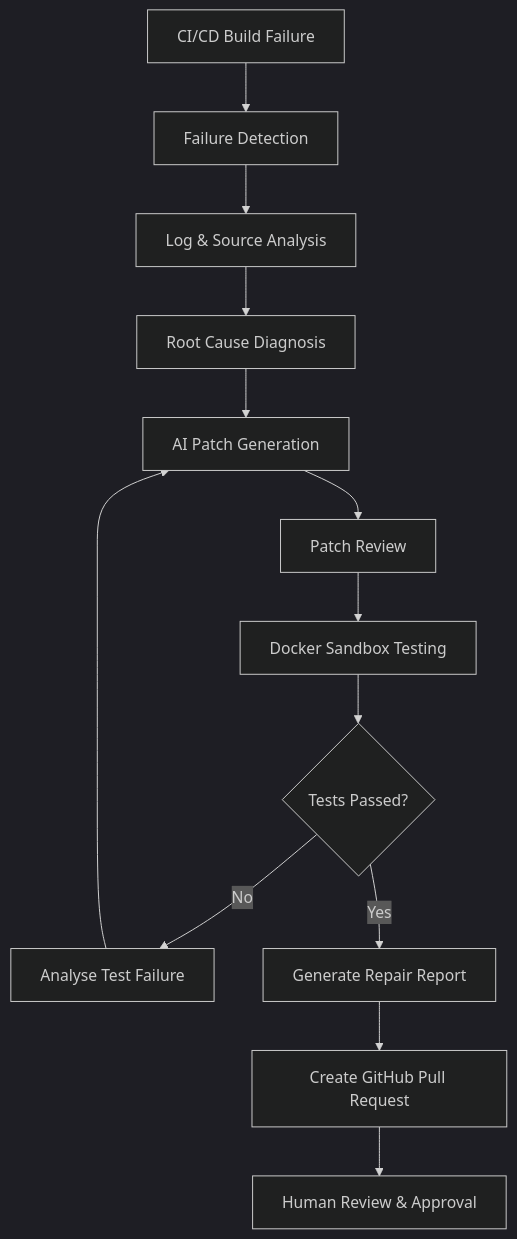
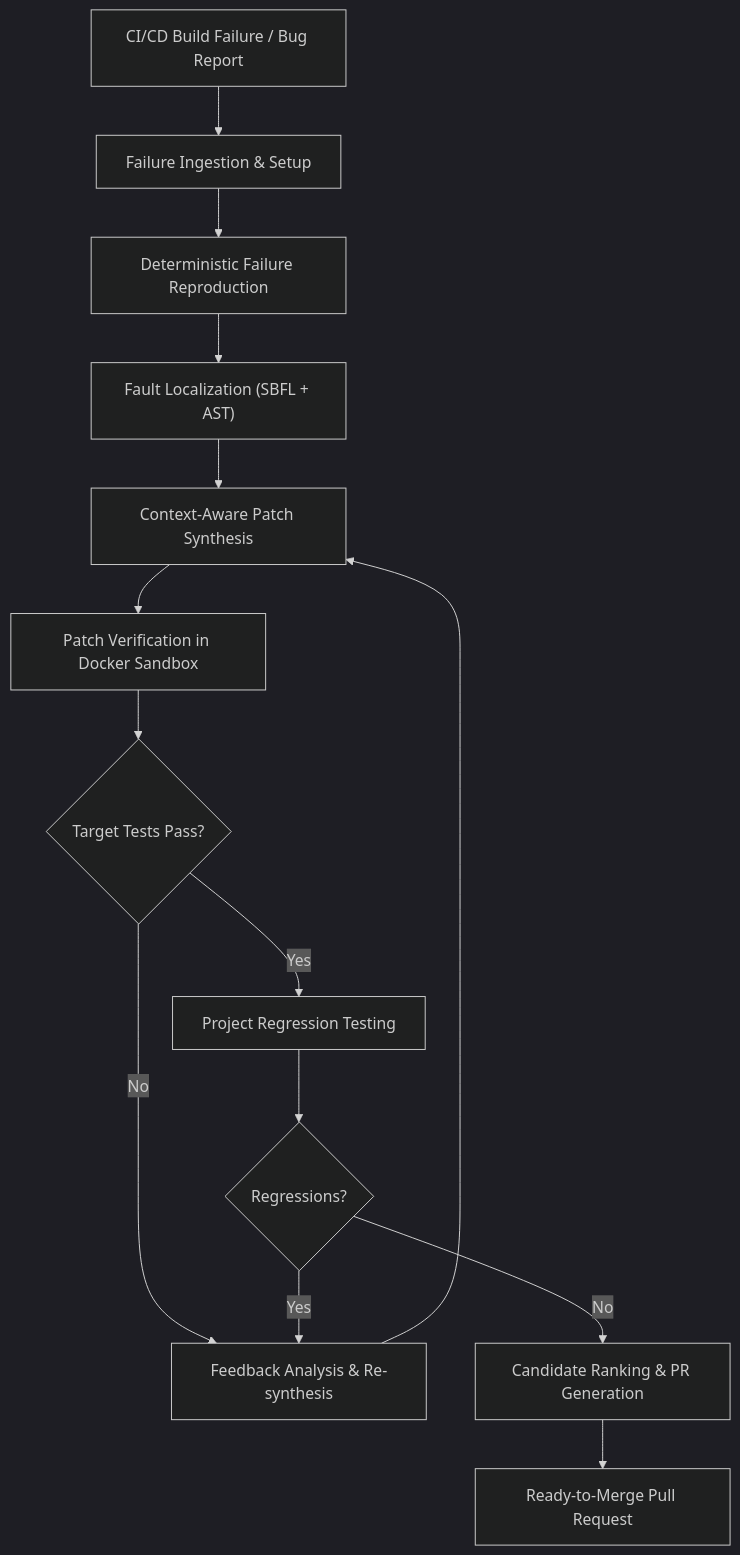
The diagram in README.md (goyalparth61-netizen/REAPER), drawn with Mermaid (dark theme) before and after one commit. The commit also changed other lines of this file and 144 other files, not shown here.

````diff
--- a/README.md
+++ b/README.md
@@ -64,15 +44,16 @@
 ```mermaid
 flowchart TD
-    A["CI/CD Build Failure"] --> B["Failure Detection"]
-    B --> C["Log & Source Analysis"]
-    C --> D["Root Cause Diagnosis"]
-    D --> E["AI Patch Generation"]
-    E --> F["Patch Review"]
-    F --> G["Docker Sandbox Testing"]
-    G --> H{"Tests Passed?"}
-    H -->|No| I["Analyse Test Failure"]
-    I --> E
-    H -->|Yes| J["Generate Repair Report"]
-    J --> K["Create GitHub Pull Request"]
-    K --> L["Human Review & Approval"]
+    A["CI/CD Build Failure / Bug Report"] --> B["Failure Ingestion & Setup"]
+    B --> C["Deterministic Failure Reproduction"]
+    C --> D["Fault Localization (SBFL + AST)"]
+    D --> E["Context-Aware Patch Synthesis"]
+    E --> F["Patch Verification in Docker Sandbox"]
+    F --> G{"Target Tests Pass?"}
+    G -->|No| H["Feedback Analysis & Re-synthesis"]
+    H --> E
+    G -->|Yes| I["Project Regression Testing"]
+    I --> J{"Regressions?"}
+    J -->|Yes| H
+    J -->|No| K["Candidate Ranking & PR Generation"]
+    K --> L["Ready-to-Merge Pull Request"]
 ```
````
